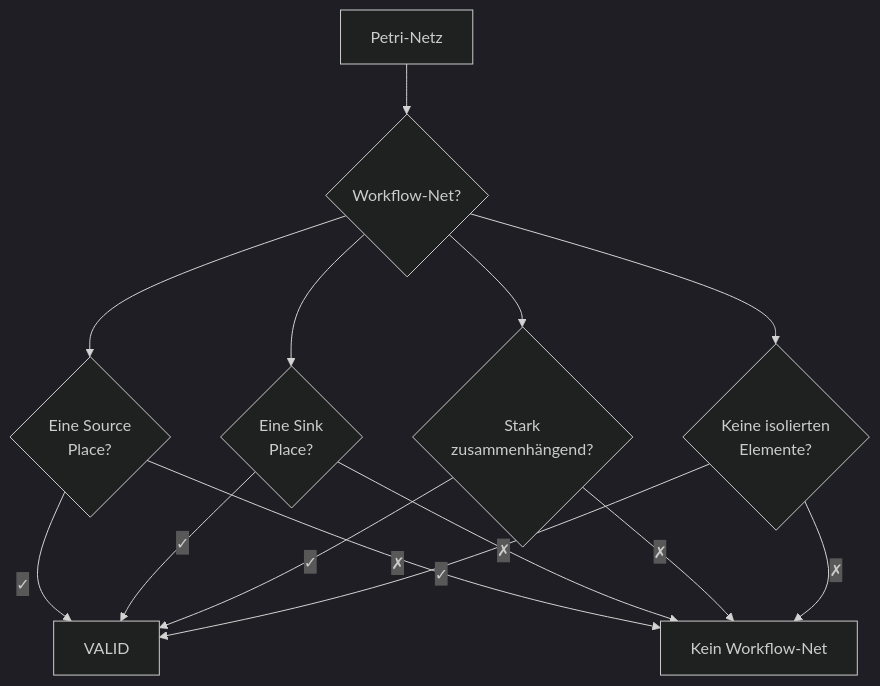
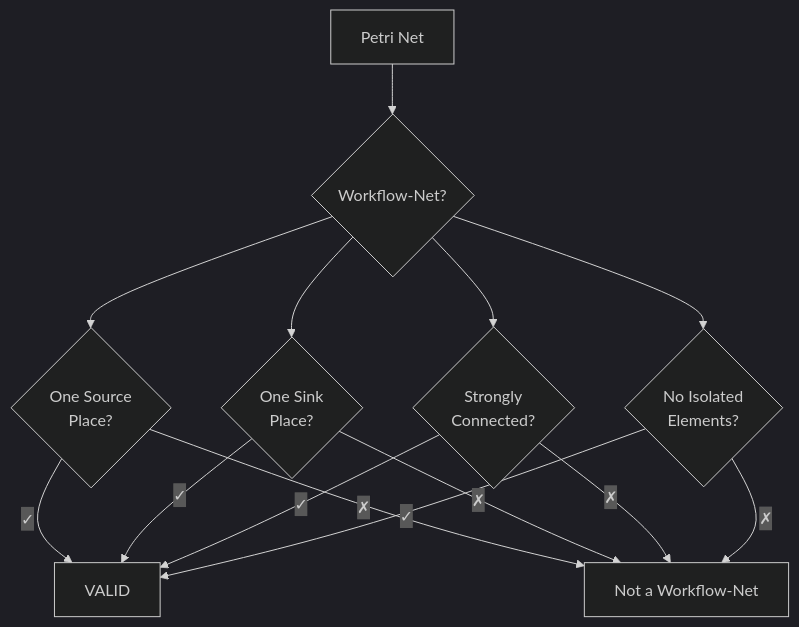
Before and after one commit to woped/woped-next: the second of 7 diagrams in docs/migration/06-qualitative-analysis.md, drawn with Mermaid (dark theme). The commit also changed other lines of this file and 24 other files, not shown here.

````diff
--- a/docs/migration/06-qualitative-analysis.md
+++ b/docs/migration/06-qualitative-analysis.md
@@ -51,19 +51,19 @@
 ```mermaid
 flowchart TD
-    NET[Petri-Netz] --> CHECK{Workflow-Net?}
+    NET[Petri Net] --> CHECK{Workflow-Net?}
     
-    CHECK --> C1{Eine Source<br/>Place?}
-    CHECK --> C2{Eine Sink<br/>Place?}
-    CHECK --> C3{Stark<br/>zusammenhängend?}
-    CHECK --> C4{Keine isolierten<br/>Elemente?}
+    CHECK --> C1{One Source<br/>Place?}
+    CHECK --> C2{One Sink<br/>Place?}
+    CHECK --> C3{Strongly<br/>Connected?}
+    CHECK --> C4{No Isolated<br/>Elements?}
     
     C1 -->|✓| VALID
     C2 -->|✓| VALID
     C3 -->|✓| VALID
     C4 -->|✓| VALID
     
-    C1 -->|✗| INVALID[Kein Workflow-Net]
+    C1 -->|✗| INVALID[Not a Workflow-Net]
     C2 -->|✗| INVALID
     C3 -->|✗| INVALID
     C4 -->|✗| INVALID
 ```
````
